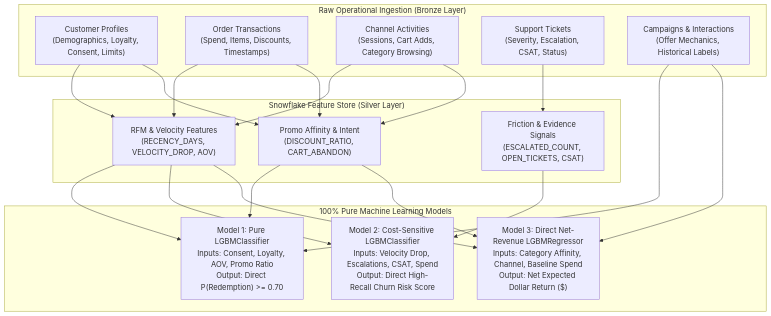
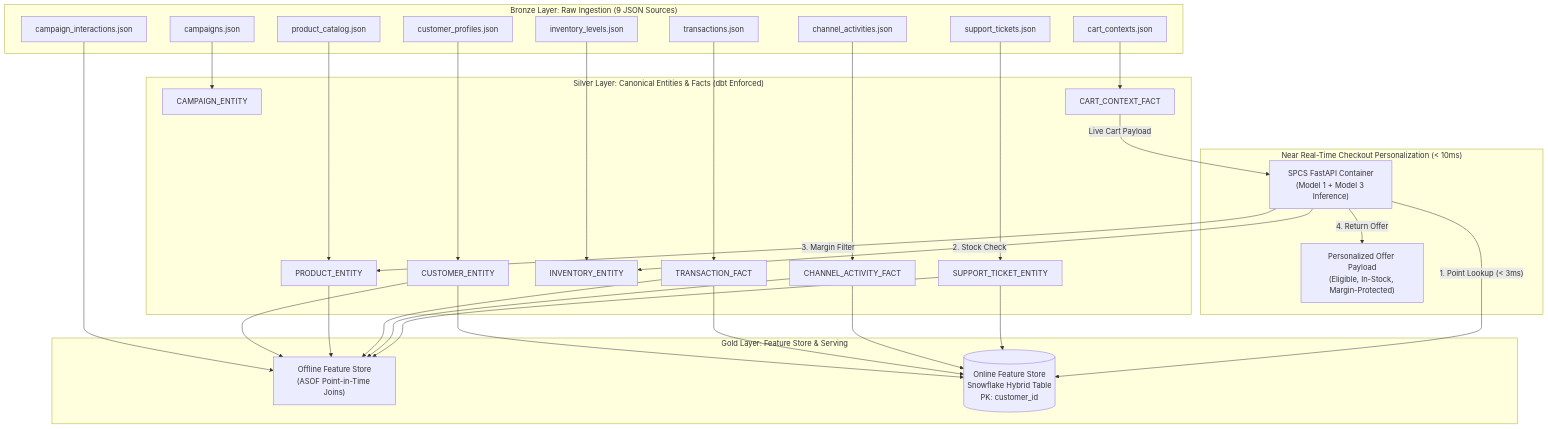
The second of 2 diagrams in retail_data_generator.md (Nitheesh-542072/retail-ml-project), drawn with Mermaid before and after one commit. The commit also changed other lines of this file and 11 other files, not shown here.

````diff
--- a/retail_data_generator.md
+++ b/retail_data_generator.md
@@ -148,38 +313,54 @@
 ```mermaid
 flowchart TD
-    subgraph INGEST ["Raw Operational Ingestion (Bronze Layer)"]
-        CP["Customer Profiles<br>(Demographics, Loyalty, Consent, Limits)"]
-        TX["Order Transactions<br>(Spend, Items, Discounts, Timestamps)"]
-        CA["Channel Activities<br>(Sessions, Cart Adds, Category Browsing)"]
-        ST["Support Tickets<br>(Severity, Escalation, CSAT, Status)"]
-        CMP["Campaigns & Interactions<br>(Offer Mechanics, Historical Labels)"]
+    subgraph BRONZE ["Bronze Layer: Raw Ingestion (9 JSON Sources)"]
+        CP["customer_profiles.json"]
+        PR["product_catalog.json"]
+        INV["inventory_levels.json"]
+        CC["cart_contexts.json"]
+        TX["transactions.json"]
+        CMP["campaigns.json"]
+        INT["campaign_interactions.json"]
+        ACT["channel_activities.json"]
+        ST["support_tickets.json"]
     end
 
-    subgraph FS ["Snowflake Feature Store (Silver Layer)"]
-        F1["RFM & Velocity Features<br>(RECENCY_DAYS, VELOCITY_DROP, AOV)"]
-        F2["Friction & Evidence Signals<br>(ESCALATED_COUNT, OPEN_TICKETS, CSAT)"]
-        F3["Promo Affinity & Intent<br>(DISCOUNT_RATIO, CART_ABANDON)"]
+    subgraph SILVER ["Silver Layer: Canonical Entities & Facts (dbt Enforced)"]
+        E_CUST["CUSTOMER_ENTITY"]
+        E_PROD["PRODUCT_ENTITY"]
+        E_INV["INVENTORY_ENTITY"]
+        E_CMP["CAMPAIGN_ENTITY"]
+        F_TXN["TRANSACTION_FACT"]
+        F_CART["CART_CONTEXT_FACT"]
+        F_ACT["CHANNEL_ACTIVITY_FACT"]
+        E_TKT["SUPPORT_TICKET_ENTITY"]
     end
 
-    subgraph MODELS ["100% Pure Machine Learning Models"]
-        M1["Model 1: Pure LGBMClassifier<br>Inputs: Consent, Loyalty, AOV, Promo Ratio<br>Output: Direct P(Redemption) >= 0.70"]
-        M2["Model 2: Cost-Sensitive LGBMClassifier<br>Inputs: Velocity Drop, Escalations, CSAT, Spend<br>Output: Direct High-Recall Churn Risk Score"]
-        M3["Model 3: Direct Net-Revenue LGBMRegressor<br>Inputs: Category Affinity, Channel, Baseline Spend<br>Output: Net Expected Dollar Return ($)"]
+    subgraph GOLD ["Gold Layer: Feature Store & Serving"]
+        FS_OFF["Offline Feature Store<br>(ASOF Point-in-Time Joins)"]
+        FS_ON[("Online Feature Store<br>Snowflake Hybrid Table<br>PK: customer_id")]
     end
 
-    CP --> F1
-    CP --> F3
-    TX --> F1
-    TX --> F3
-    CA --> F1
-    CA --> F3
-    ST --> F2
-    CMP --> M1
-    CMP --> M3
-    F1 --> M1
-    F3 --> M1
-    F1 --> M2
-    F2 --> M2
-    F1 --> M3
-    F3 --> M3
+    subgraph SERVING ["Near Real-Time Checkout Personalization (< 10ms)"]
+        FASTAPI["SPCS FastAPI Container<br>(Model 1 + Model 3 Inference)"]
+        RESULT["Personalized Offer Payload<br>(Eligible, In-Stock, Margin-Protected)"]
+    end
+
+    CP --> E_CUST
+    PR --> E_PROD
+    INV --> E_INV
+    CMP --> E_CMP
+    CC --> F_CART
+    TX --> F_TXN
+    ACT --> F_ACT
+    ST --> E_TKT
+    INT --> FS_OFF
+
+    E_CUST & E_PROD & F_TXN & F_ACT & E_TKT --> FS_OFF
+    E_CUST & F_TXN & F_ACT & E_TKT --> FS_ON
+
+    F_CART -->|"Live Cart Payload"| FASTAPI
+    FASTAPI -->|"1. Point Lookup (< 3ms)"| FS_ON
+    FASTAPI -->|"2. Stock Check"| E_INV
+    FASTAPI -->|"3. Margin Filter"| E_PROD
+    FASTAPI -->|"4. Return Offer"| RESULT
 ```
````
